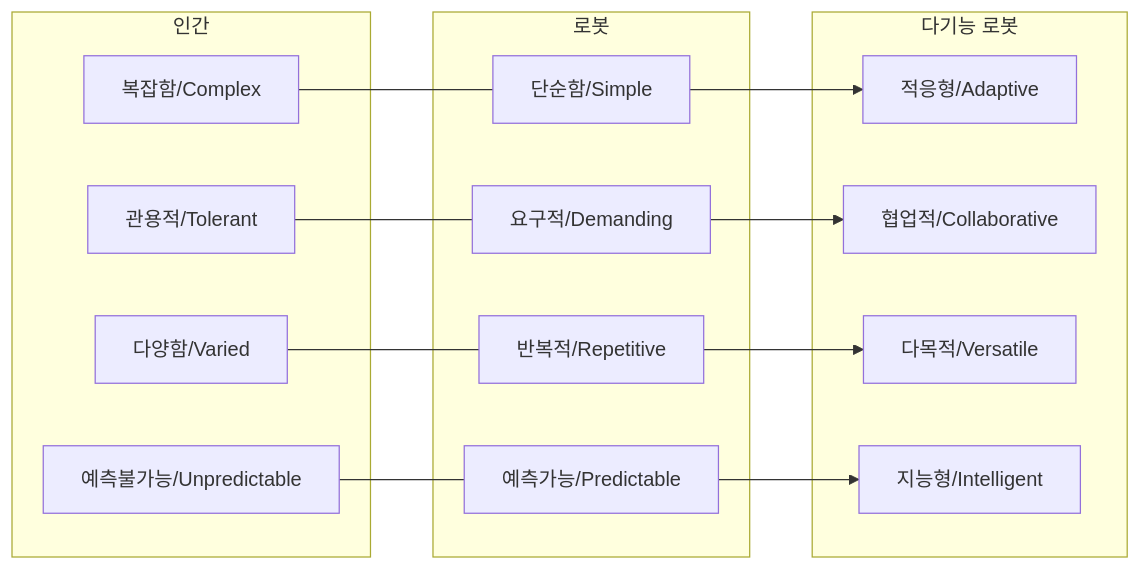
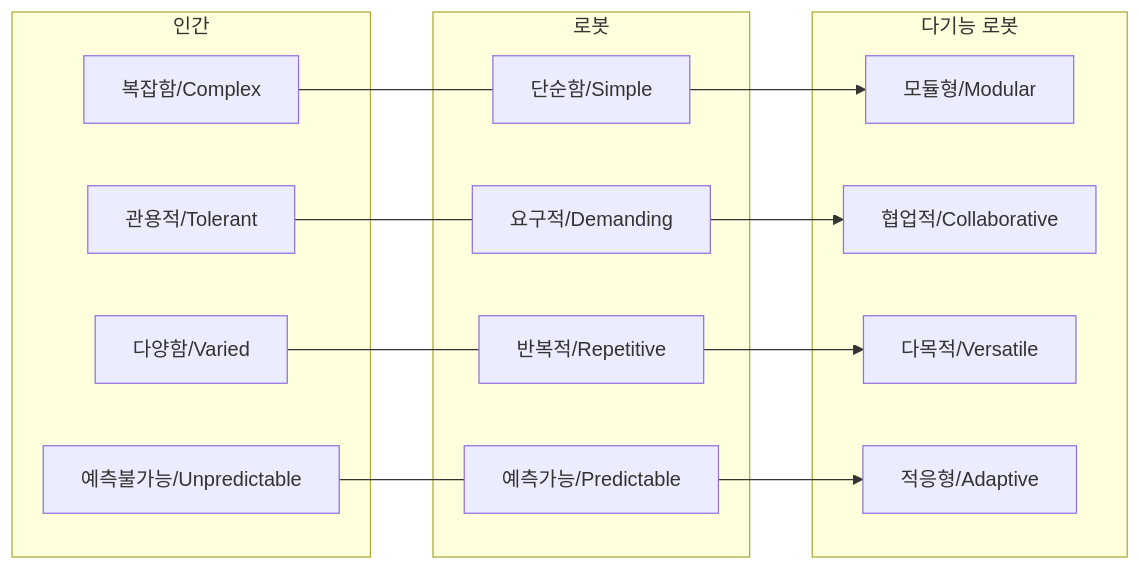
One commit to gracefullight/gracefullight.github.io changed the second of 2 diagrams in blog/pe/conv/polyfunctional-robots.md. Above: the diagram before and after it, drawn with Mermaid.

Commit message:
docs(pe): 📚️ polyfucntional robots

````diff
--- a/blog/pe/conv/polyfunctional-robots.md
+++ b/blog/pe/conv/polyfunctional-robots.md
@@ -37,34 +37,34 @@
 ```mermaid
 graph LR
   subgraph Robot[로봇]
     R1[단순함/Simple]
     R2[요구적/Demanding]
     R3[반복적/Repetitive]
     R4[예측가능/Predictable]
   end
 
   subgraph Human[인간]
     H1[복잡함/Complex]
     H2[관용적/Tolerant]
     H3[다양함/Varied]
     H4[예측불가능/Unpredictable]
   end
 
   subgraph PolyfunctionalRobot[다기능 로봇]
-    PR1[적응형/Adaptive]
+    PR1[모듈형/Modular]
     PR2[협업적/Collaborative]
     PR3[다목적/Versatile]
-    PR4[지능형/Intelligent]
+    PR4[적응형/Adaptive]
   end
 
   H1 --- R1
   H2 --- R2
   H3 --- R3
   H4 --- R4
 
   R1 --> PR1
   R2 --> PR2
   R3 --> PR3
   R4 --> PR4
 
 ```
````
